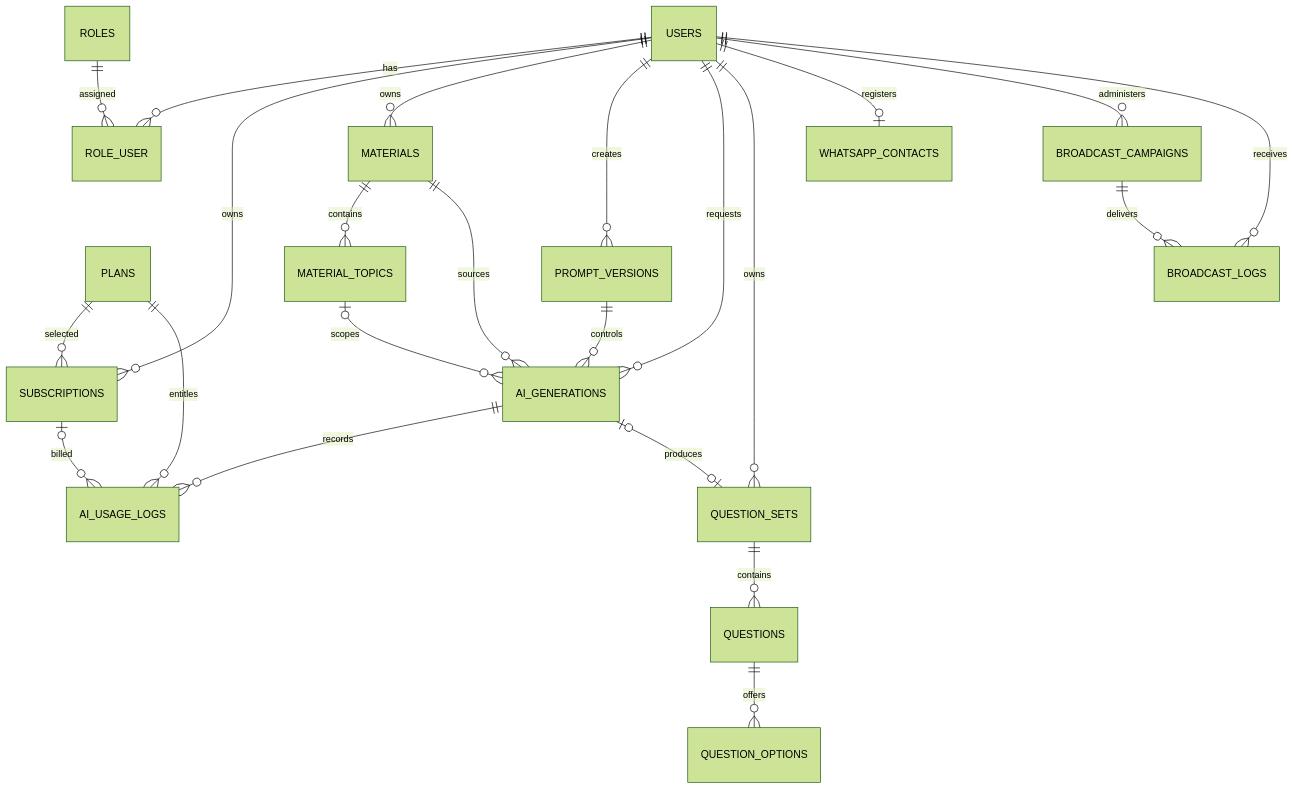
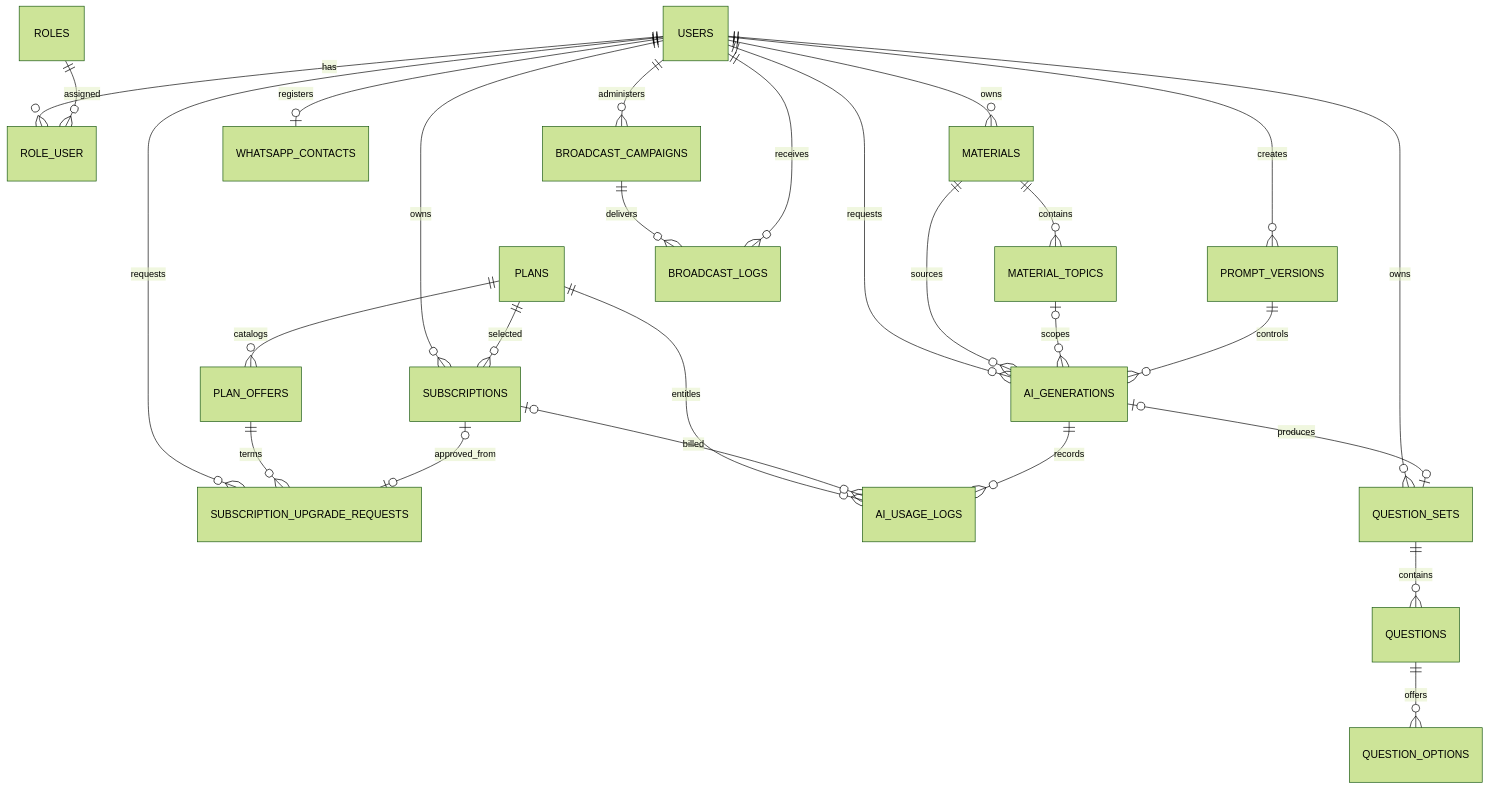
The second of 2 diagrams in docs/database/DATABASE_REFERENCE.md (1aghismuhammad/Quiestion-Bank-), drawn with Mermaid (forest theme) before and after one commit. The commit also changed other lines of this file and 65 other files, not shown here.

Commit message:
feat: add subscription upgrade and quota foundation

````diff
--- a/docs/database/DATABASE_REFERENCE.md
+++ b/docs/database/DATABASE_REFERENCE.md
@@ -241,25 +265,29 @@
 ```mermaid
 erDiagram
     USERS ||--o{ ROLE_USER : has
     ROLES ||--o{ ROLE_USER : assigned
     USERS ||--o{ SUBSCRIPTIONS : owns
     PLANS ||--o{ SUBSCRIPTIONS : selected
+    PLANS ||--o{ PLAN_OFFERS : catalogs
+    USERS ||--o{ SUBSCRIPTION_UPGRADE_REQUESTS : requests
+    PLAN_OFFERS ||--o{ SUBSCRIPTION_UPGRADE_REQUESTS : terms
+    SUBSCRIPTIONS |o--o| SUBSCRIPTION_UPGRADE_REQUESTS : approved_from
     USERS ||--o{ MATERIALS : owns
     MATERIALS ||--o{ MATERIAL_TOPICS : contains
     USERS ||--o{ PROMPT_VERSIONS : creates
     USERS ||--o{ AI_GENERATIONS : requests
     MATERIALS ||--o{ AI_GENERATIONS : sources
     MATERIAL_TOPICS o|--o{ AI_GENERATIONS : scopes
     PROMPT_VERSIONS ||--o{ AI_GENERATIONS : controls
     PLANS ||--o{ AI_USAGE_LOGS : entitles
     SUBSCRIPTIONS |o--o{ AI_USAGE_LOGS : billed
     AI_GENERATIONS ||--o{ AI_USAGE_LOGS : records
     USERS ||--o{ QUESTION_SETS : owns
     AI_GENERATIONS o|--o| QUESTION_SETS : produces
     QUESTION_SETS ||--o{ QUESTIONS : contains
     QUESTIONS ||--o{ QUESTION_OPTIONS : offers
     USERS ||--o| WHATSAPP_CONTACTS : registers
     USERS ||--o{ BROADCAST_CAMPAIGNS : administers
     BROADCAST_CAMPAIGNS ||--o{ BROADCAST_LOGS : delivers
     USERS ||--o{ BROADCAST_LOGS : receives
 ```
````
